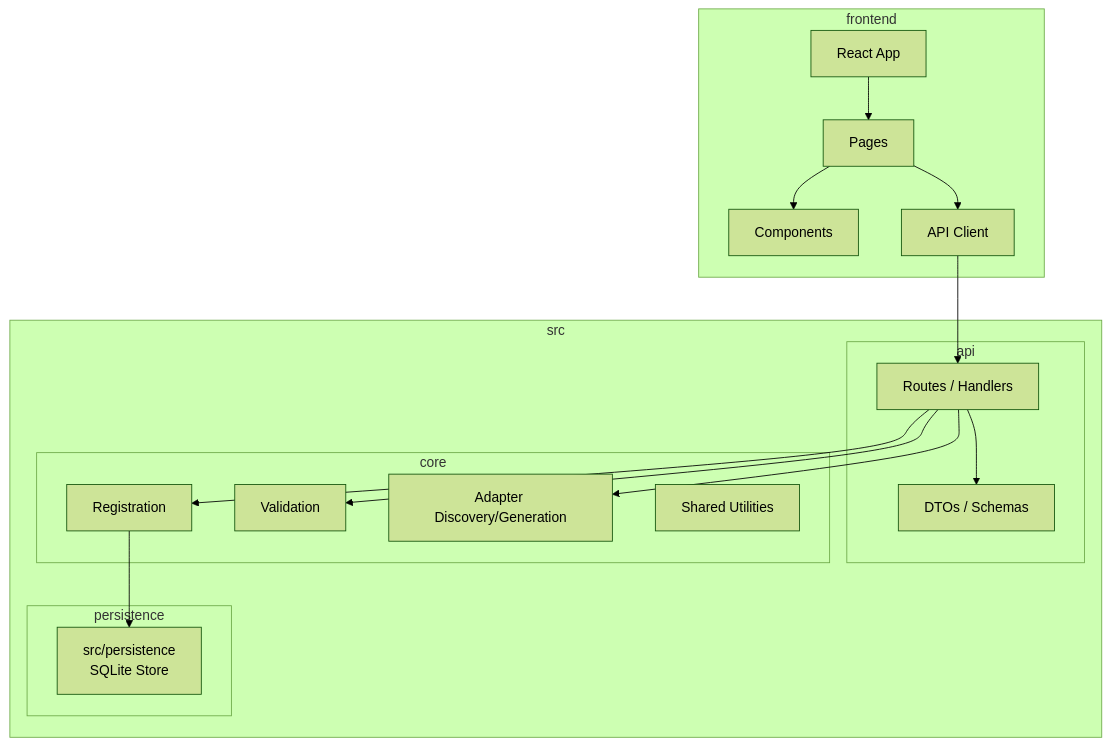
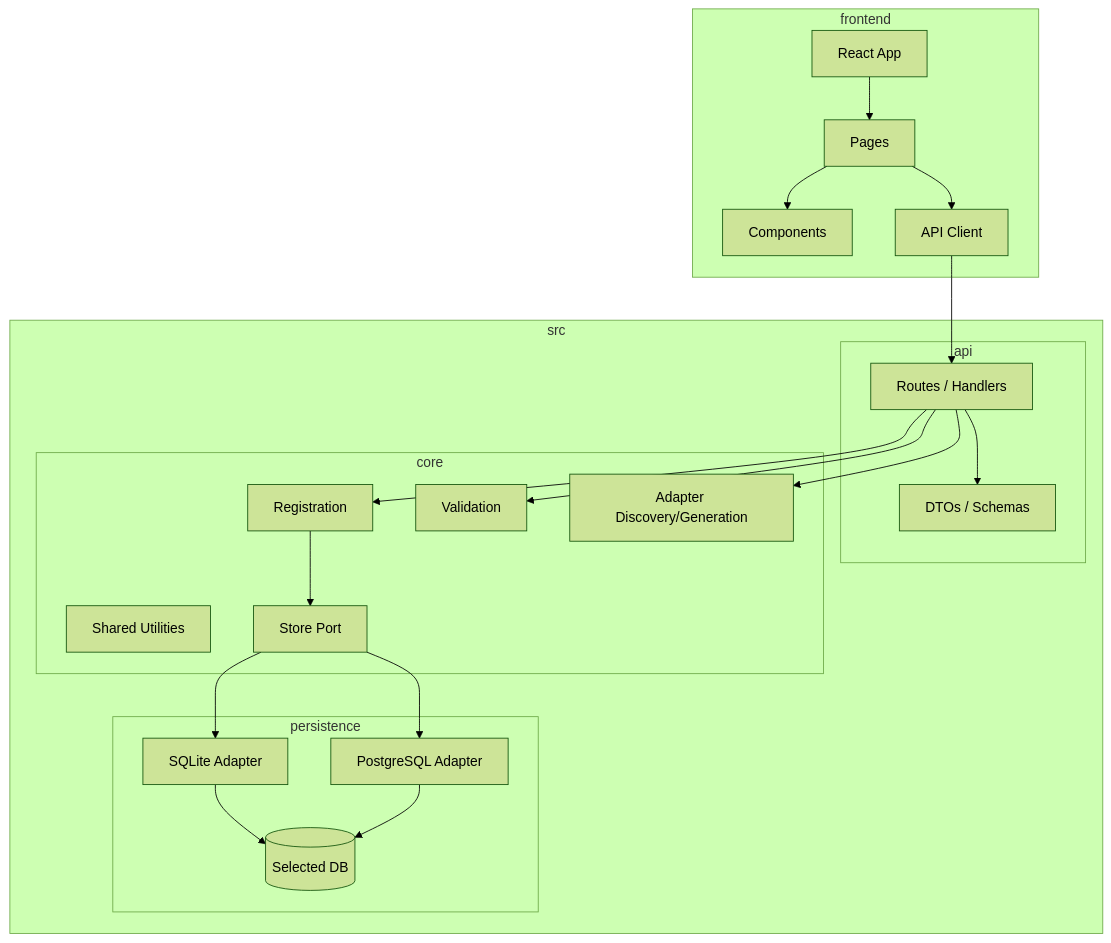
One commit to ssciwr/biocypher-components-registry changed the fifth of 5 diagrams in sdlc_docs/b_design/frontend/frontend_architecture.md. Above: the diagram before and after it, drawn with Mermaid (forest theme). The commit also changed other lines of this file and 19 other files, not shown here.

````diff
--- a/sdlc_docs/b_design/frontend/frontend_architecture.md
+++ b/sdlc_docs/b_design/frontend/frontend_architecture.md
@@ -146,37 +162,44 @@
 ```mermaid
 flowchart TB
     subgraph frontend
         APP[React App]
         PAGES[Pages]
         COMP[Components]
         CLIENT[API Client]
     end
 
     subgraph src
         subgraph api
             ROUTES[Routes / Handlers]
             DTO[DTOs / Schemas]
         end
 
         subgraph core
             REG[Registration]
             VAL[Validation]
             ADP[Adapter Discovery/Generation]
             SHARED[Shared Utilities]
+            PORT[Store Port]
         end
 
         subgraph persistence
-            SQLITE[src/persistence\nSQLite Store]
+            SQLITE[SQLite Adapter]
+            PG[PostgreSQL Adapter]
+            DB[(Selected DB)]
         end
     end
 
     APP --> PAGES
     PAGES --> COMP
     PAGES --> CLIENT
     CLIENT --> ROUTES
     ROUTES --> DTO
     ROUTES --> REG
     ROUTES --> VAL
     ROUTES --> ADP
-    REG --> SQLITE
+    REG --> PORT
+    PORT --> SQLITE
+    PORT --> PG
+    SQLITE --> DB
+    PG --> DB
 ```
````
